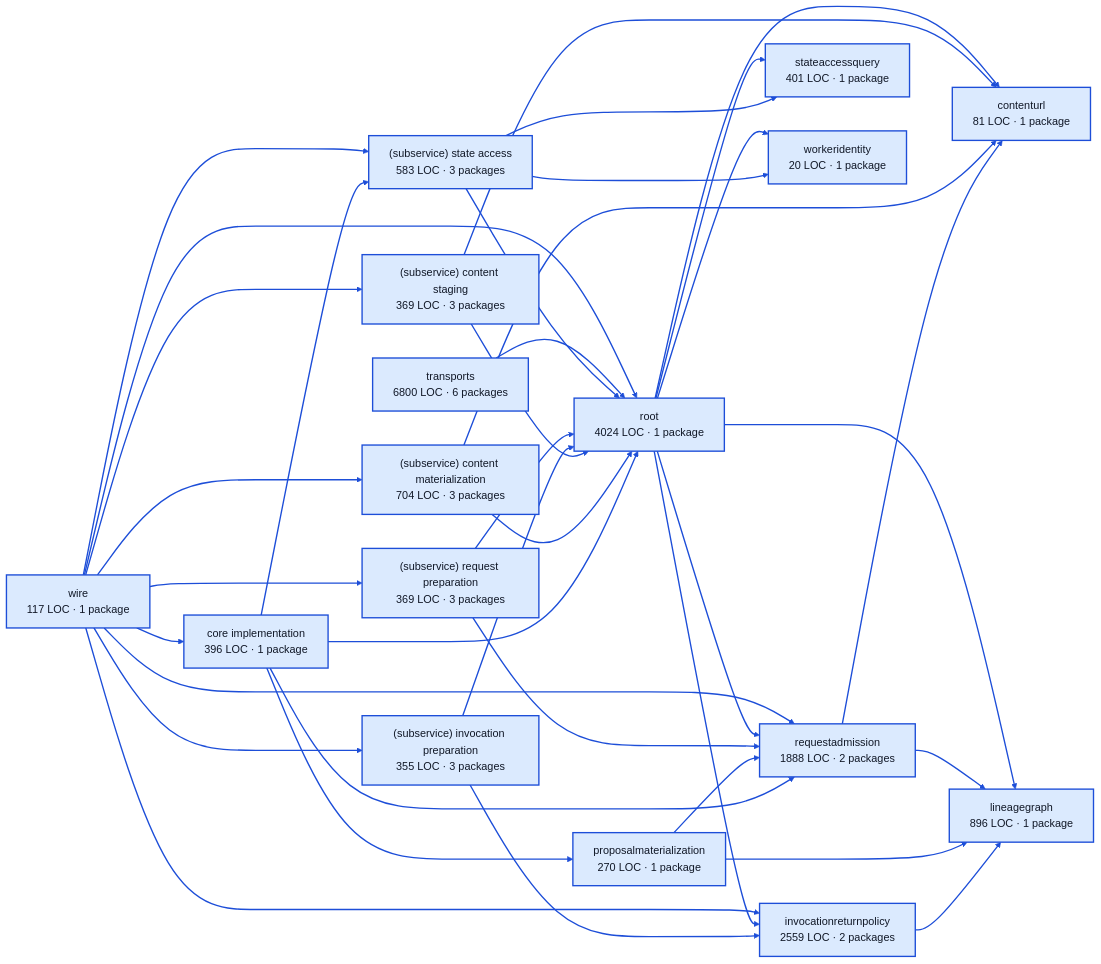
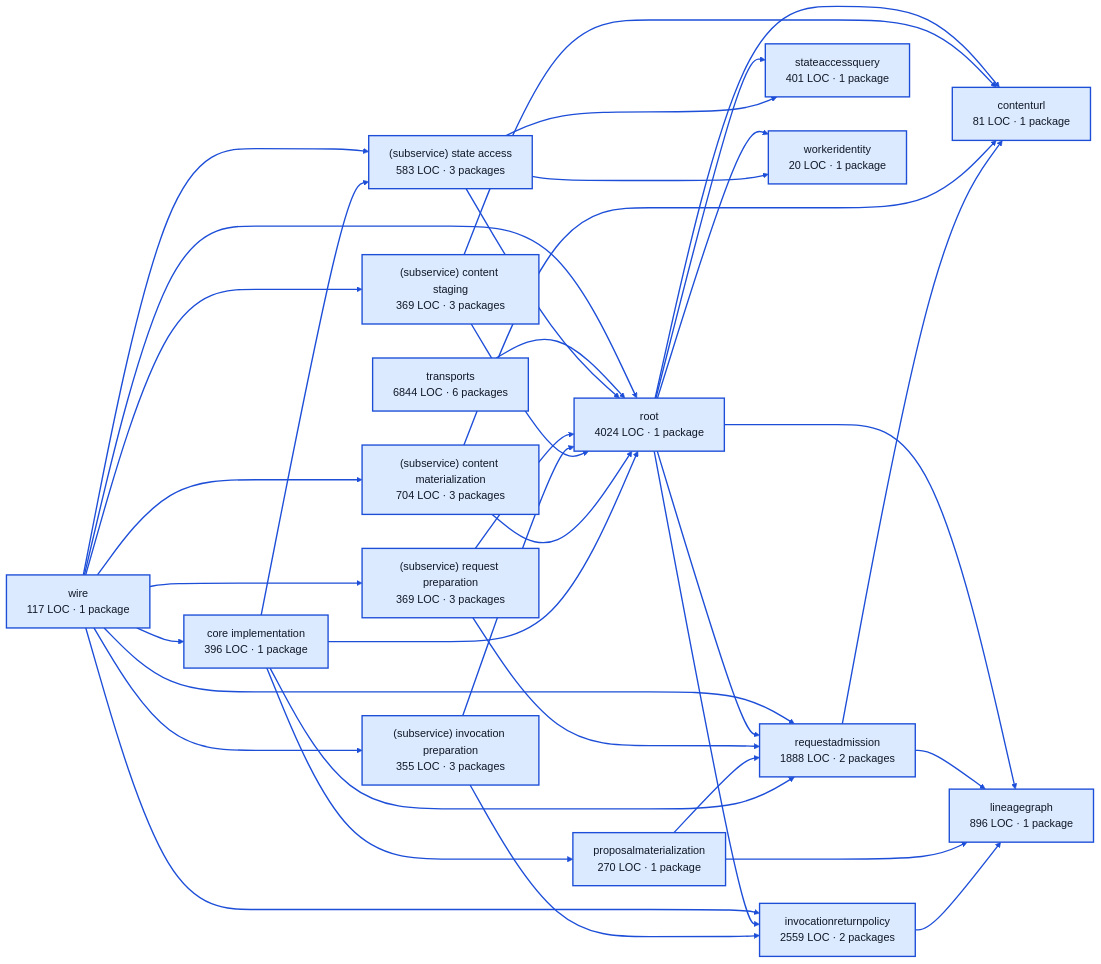
The diagram in docs/architecture/visualizations/services/work.md (portpowered/you-agent-factory), drawn with Mermaid before and after one commit. The commit also changed other lines of this file and 20 other files, not shown here.

Commit message:
docs: refresh backend architecture visualizations

````diff
--- a/docs/architecture/visualizations/services/work.md
+++ b/docs/architecture/visualizations/services/work.md
@@ -11,72 +11,72 @@
 ```mermaid
 flowchart LR
   p0["core implementation<br/>396 LOC · 1 package"]
   p1["contenturl<br/>81 LOC · 1 package"]
   p2["invocationreturnpolicy<br/>2559 LOC · 2 packages"]
   p3["lineagegraph<br/>896 LOC · 1 package"]
   p4["proposalmaterialization<br/>270 LOC · 1 package"]
   p5["requestadmission<br/>1888 LOC · 2 packages"]
   p6["(subservice) content materialization<br/>704 LOC · 3 packages"]
   p7["(subservice) content staging<br/>369 LOC · 3 packages"]
   p8["(subservice) invocation preparation<br/>355 LOC · 3 packages"]
   p9["(subservice) request preparation<br/>369 LOC · 3 packages"]
   p10["(subservice) state access<br/>583 LOC · 3 packages"]
   p11["stateaccessquery<br/>401 LOC · 1 package"]
   p12["workeridentity<br/>20 LOC · 1 package"]
   p13["root<br/>4024 LOC · 1 package"]
-  p14["transports<br/>6800 LOC · 6 packages"]
+  p14["transports<br/>6844 LOC · 6 packages"]
   p15["wire<br/>117 LOC · 1 package"]
   p0 --> p4
   p0 --> p5
   p0 --> p10
   p0 --> p13
   p2 --> p3
   p4 --> p3
   p4 --> p5
   p5 --> p1
   p5 --> p3
   p6 --> p1
   p6 --> p13
   p7 --> p1
   p7 --> p13
   p8 --> p2
   p8 --> p13
   p9 --> p5
   p9 --> p13
   p10 --> p11
   p10 --> p12
   p10 --> p13
   p13 --> p1
   p13 --> p2
   p13 --> p3
   p13 --> p5
   p13 --> p11
   p13 --> p12
   p14 --> p13
   p15 --> p0
   p15 --> p2
   p15 --> p5
   p15 --> p6
   p15 --> p7
   p15 --> p8
   p15 --> p9
   p15 --> p10
   p15 --> p13
   style p0 fill:#dbeafe,stroke:#1d4ed8,stroke-width:2px,color:#111827
   style p1 fill:#dbeafe,stroke:#1d4ed8,stroke-width:2px,color:#111827
   style p2 fill:#dbeafe,stroke:#1d4ed8,stroke-width:2px,color:#111827
   style p3 fill:#dbeafe,stroke:#1d4ed8,stroke-width:2px,color:#111827
   style p4 fill:#dbeafe,stroke:#1d4ed8,stroke-width:2px,color:#111827
   style p5 fill:#dbeafe,stroke:#1d4ed8,stroke-width:2px,color:#111827
   style p6 fill:#dbeafe,stroke:#1d4ed8,stroke-width:2px,color:#111827
   style p7 fill:#dbeafe,stroke:#1d4ed8,stroke-width:2px,color:#111827
   style p8 fill:#dbeafe,stroke:#1d4ed8,stroke-width:2px,color:#111827
   style p9 fill:#dbeafe,stroke:#1d4ed8,stroke-width:2px,color:#111827
   style p10 fill:#dbeafe,stroke:#1d4ed8,stroke-width:2px,color:#111827
   style p11 fill:#dbeafe,stroke:#1d4ed8,stroke-width:2px,color:#111827
   style p12 fill:#dbeafe,stroke:#1d4ed8,stroke-width:2px,color:#111827
   style p13 fill:#dbeafe,stroke:#1d4ed8,stroke-width:2px,color:#111827
   style p14 fill:#dbeafe,stroke:#1d4ed8,stroke-width:2px,color:#111827
   style p15 fill:#dbeafe,stroke:#1d4ed8,stroke-width:2px,color:#111827
   linkStyle default stroke:#1d4ed8,stroke-width:2px
 ```
````
